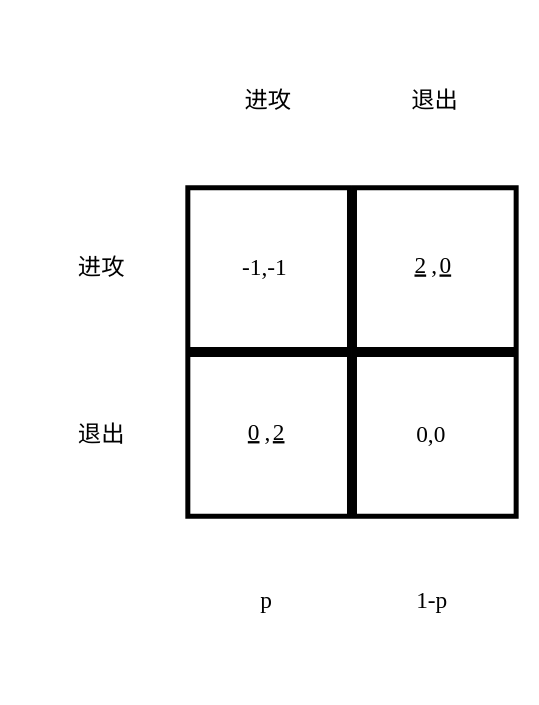
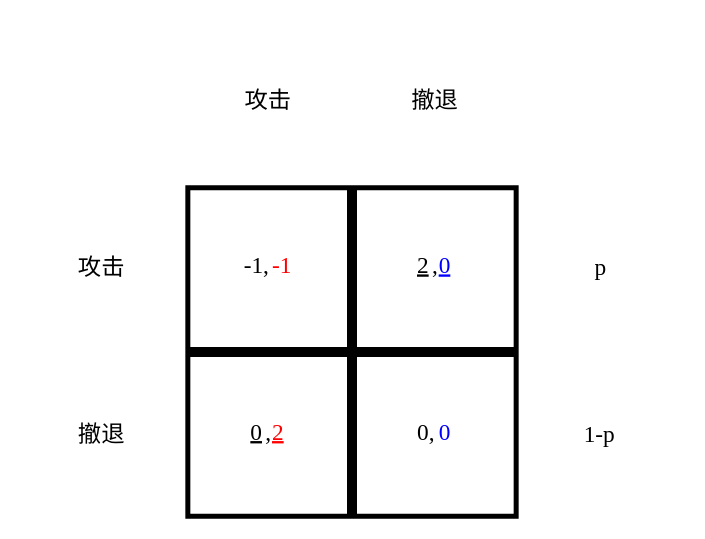
One commit to Binjian/org changed the eighth of 12 diagrams in mode/drl_101.org. Above: the diagram before and after it, drawn with Graphviz. The commit also changed other lines of this file and 6 other files, not shown here.

```diff
--- a/mode/drl_101.org
+++ b/mode/drl_101.org
@@ -178,28 +324,25 @@
 #+begin_src dot :file img/drl101/mixed.png
 digraph G {
-    node1 [shape=none, margin=0, label=<
-        <TABLE BORDER="0" CELLBORDER="0" CELLSPACING="0" CELLPADDING="0" WIDTH="300" HEIGHT="400">
+    node1 [shape=none, margin=0, fontname="LXGW WenKai Mono", label=<
+        <TABLE BORDER="0" CELLBORDER="0" CELLSPACING="0" CELLPADDING="0" WIDTH="400" HEIGHT="300">
             <TR>
                 <TD WIDTH="100" HEIGHT="100" BGCOLOR="None"></TD>
-                <TD WIDTH="100" HEIGHT="100" BGCOLOR="None">进攻</TD>
-                <TD WIDTH="100" HEIGHT="100" BGCOLOR="None">退出</TD>
+                <TD WIDTH="100" HEIGHT="100" BGCOLOR="None">攻击</TD>
+                <TD WIDTH="100" HEIGHT="100" BGCOLOR="None">撤退</TD>
             </TR>
             <TR>
-                <TD WIDTH="100" HEIGHT="100" BGCOLOR="None">进攻</TD>
-                <TD WIDTH="100" HEIGHT="100" BORDER="3">-1,-1</TD>
-                <TD WIDTH="100" HEIGHT="100" BORDER="3"><u>2</u>,<u>0</u></TD>
+                <TD WIDTH="100" HEIGHT="100" BGCOLOR="None">攻击</TD>
+                <TD WIDTH="100" HEIGHT="100" BORDER="3">-1,<FONT COLOR="red">-1</FONT></TD>
+                <TD WIDTH="100" HEIGHT="100" BORDER="3"><u>2</u>,<u><FONT COLOR="blue">0</FONT></u></TD>
+                <TD WIDTH="100" HEIGHT="100">p</TD>
             </TR>
             <TR>
-                <TD WIDTH="100" HEIGHT="100" BGCOLOR="None">退出</TD>
-                <TD WIDTH="100" HEIGHT="100" BORDER="3"><u>0</u>,<u>2</u></TD>
-                <TD WIDTH="100" HEIGHT="100" BORDER="3">0,0</TD>
-            </TR>
-            <TR>
-                <TD WIDTH="100" HEIGHT="100" BGCOLOR="None"></TD>
-                <TD WIDTH="100" HEIGHT="100">p</TD>
+                <TD WIDTH="100" HEIGHT="100" BGCOLOR="None">撤退</TD>
+                <TD WIDTH="100" HEIGHT="100" BORDER="3"><u>0</u>,<u><FONT COLOR="red">2</FONT></u></TD>
+                <TD WIDTH="100" HEIGHT="100" BORDER="3">0,<FONT COLOR="blue">0</FONT></TD>
                 <TD WIDTH="100" HEIGHT="100">1-p</TD>
             </TR>
         </TABLE>
     >];
 }
 #+end_src
```
